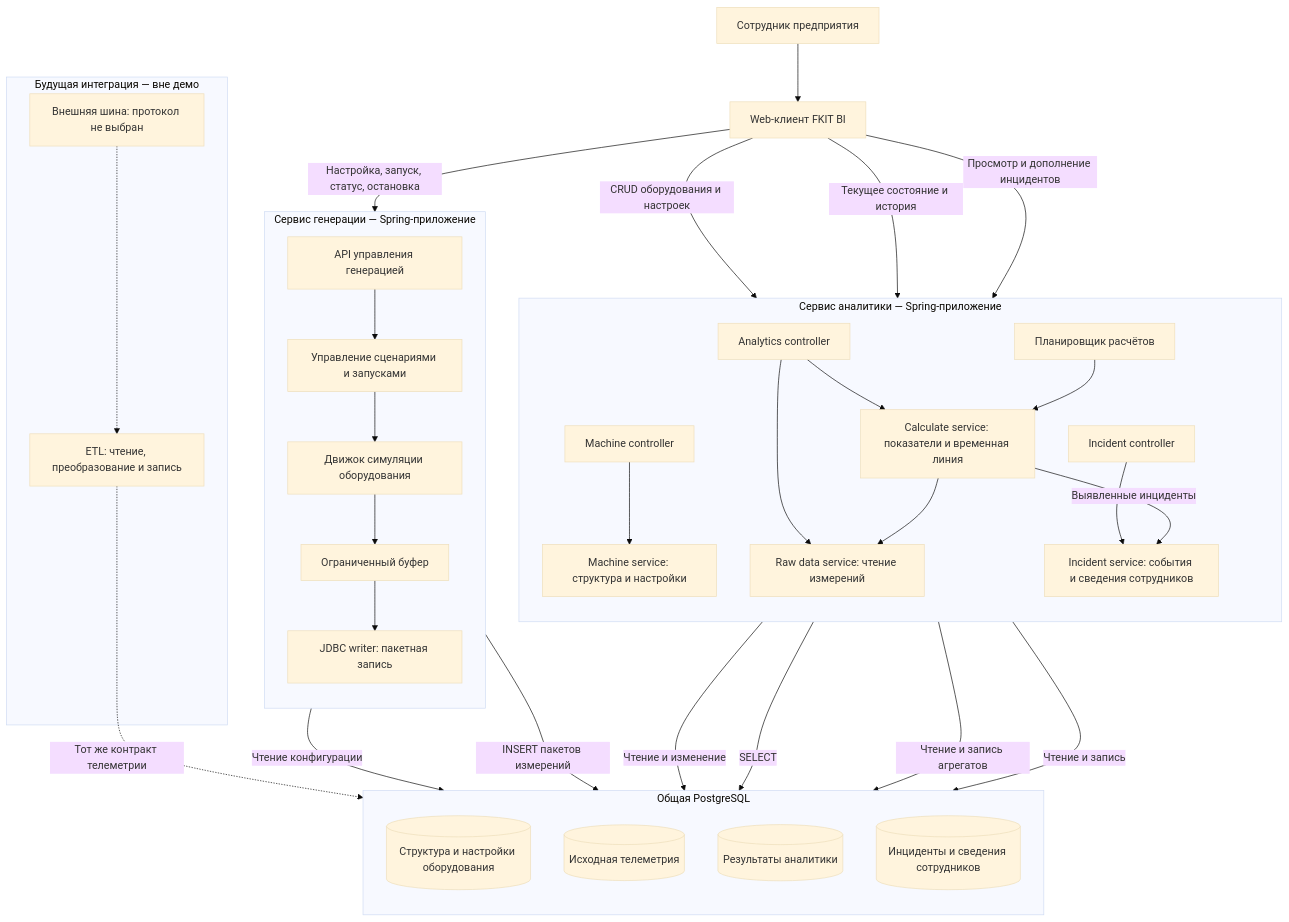
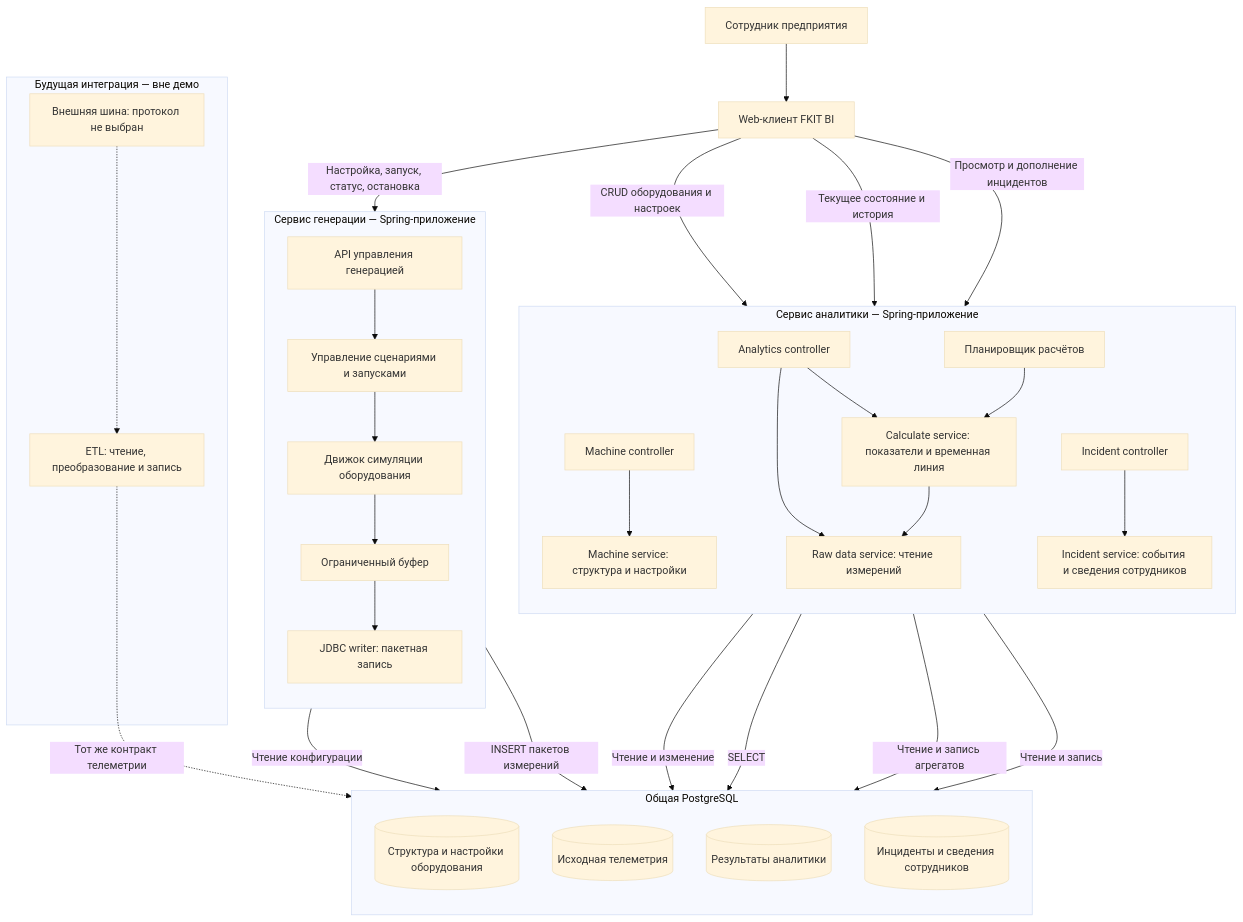
One commit to FKIT-BI/fkit-bi-infra changed the first of 8 diagrams in docs/architecture/fkit-bi-architecture.md. Above: the diagram before and after it, drawn with Mermaid (base theme). The commit also changed other lines of this file and 11 other files, not shown here.

````diff
--- a/docs/architecture/fkit-bi-architecture.md
+++ b/docs/architecture/fkit-bi-architecture.md
@@ -9,49 +9,48 @@
 ```mermaid
 flowchart TB
     U["Сотрудник предприятия"] --> W["Web-клиент FKIT BI"]
 
     subgraph BI["Сервис аналитики — Spring-приложение"]
         direction TB
         MC["Machine controller"] --> MS["Machine service: структура и настройки"]
         AC["Analytics controller"] --> CALC["Calculate service: показатели и временная линия"]
         AC --> RAW["Raw data service: чтение измерений"]
         CALC --> RAW
         SCHED["Планировщик расчётов"] --> CALC
         IC["Incident controller"] --> IS["Incident service: события и сведения сотрудников"]
-        CALC -->|"Выявленные инциденты"| IS
     end
 
     subgraph SIM["Сервис генерации — Spring-приложение"]
         direction TB
         GC["API управления генерацией"] --> RUN["Управление сценариями и запусками"]
         RUN --> ENGINE["Движок симуляции оборудования"]
         ENGINE --> BUFFER["Ограниченный буфер"]
         BUFFER --> WRITER["JDBC writer: пакетная запись"]
     end
 
     subgraph PG["Общая PostgreSQL"]
         direction TB
         CFG[("Структура и настройки оборудования")]
         TEL[("Исходная телеметрия")]
         AGG[("Результаты аналитики")]
         INC[("Инциденты и сведения сотрудников")]
     end
 
     W -->|"CRUD оборудования и настроек"| MC
     W -->|"Текущее состояние и история"| AC
     W -->|"Просмотр и дополнение инцидентов"| IC
     W -->|"Настройка, запуск, статус, остановка"| GC
     MS -->|"Чтение и изменение"| CFG
     RUN -->|"Чтение конфигурации"| CFG
     WRITER -->|"INSERT пакетов измерений"| TEL
     RAW -->|"SELECT"| TEL
     CALC -->|"Чтение и запись агрегатов"| AGG
     IS -->|"Чтение и запись"| INC
 
     subgraph FUTURE["Будущая интеграция — вне демо"]
         BUS["Внешняя шина: протокол не выбран"]
         ETL["ETL: чтение, преобразование и запись"]
         BUS -.-> ETL
     end
     ETL -.->|"Тот же контракт телеметрии"| TEL
 ```
````
